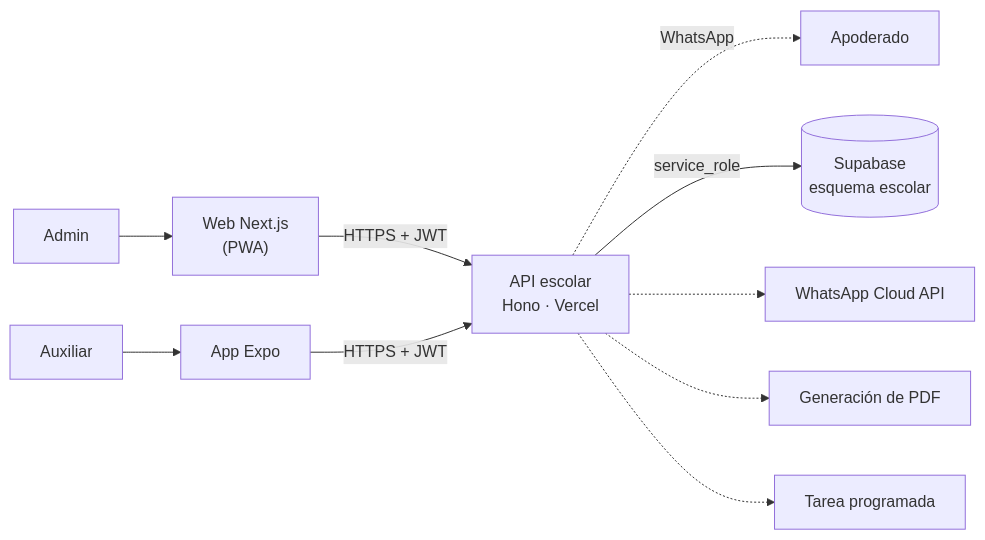
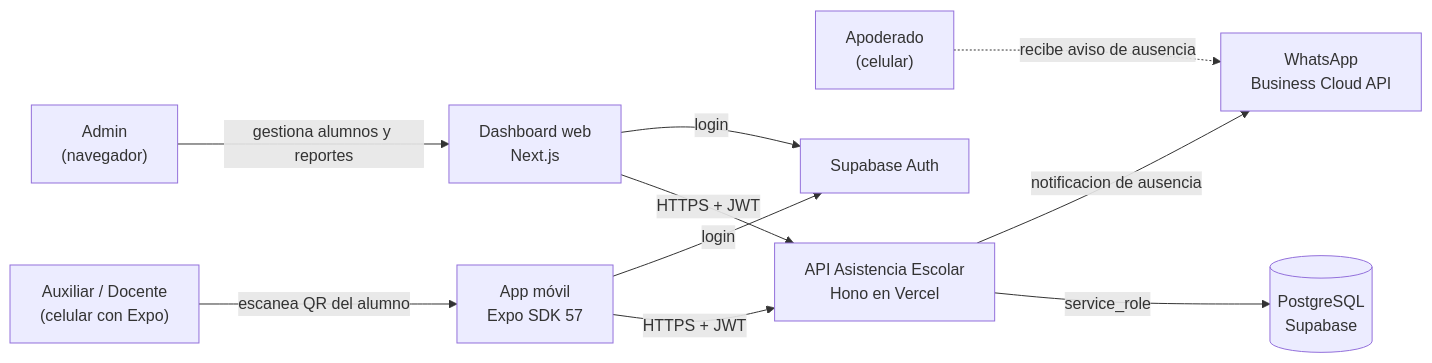
Before and after one commit to brayanChapo/novatech-microapps: the first of 4 diagrams in 09-asistencia-escolar-qr/docs/02-arquitectura.md, drawn with Mermaid. The commit also changed other lines of this file and 28 other files, not shown here.

````diff
--- a/09-asistencia-escolar-qr/docs/02-arquitectura.md
+++ b/09-asistencia-escolar-qr/docs/02-arquitectura.md
@@ -5,12 +7,12 @@
 ```mermaid
 flowchart LR
-    U0["Admin"] --> WEB
-    U1["Auxiliar"] --> APP
-    API -.->|WhatsApp| U2["Apoderado"]
-    WEB["Web Next.js<br/>(PWA)"] -->|HTTPS + JWT| API["API escolar<br/>Hono · Vercel"]
-    APP["App Expo"] -->|HTTPS + JWT| API
-    API -->|service_role| DB[("Supabase<br/>esquema escolar")]
-    API -.-> I0["WhatsApp Cloud API"]
-    API -.-> I1["Generación de PDF"]
-    API -.-> I2["Tarea programada"]
+    AUX["Auxiliar / Docente\n(celular con Expo)"] -->|escanea QR del alumno| APP["App móvil\nExpo SDK 57"]
+    ADM["Admin\n(navegador)"] -->|gestiona alumnos y reportes| WEB["Dashboard web\nNext.js"]
+    APO["Apoderado\n(celular)"] -.->|recibe aviso de ausencia| WA["WhatsApp\nBusiness Cloud API"]
+    APP -->|HTTPS + JWT| API["API Asistencia Escolar\nHono en Vercel"]
+    WEB -->|HTTPS + JWT| API
+    APP -->|login| AUTH["Supabase Auth"]
+    WEB -->|login| AUTH
+    API -->|service_role| DB[("PostgreSQL\nSupabase")]
+    API -->|notificacion de ausencia| WA
 ```
````
